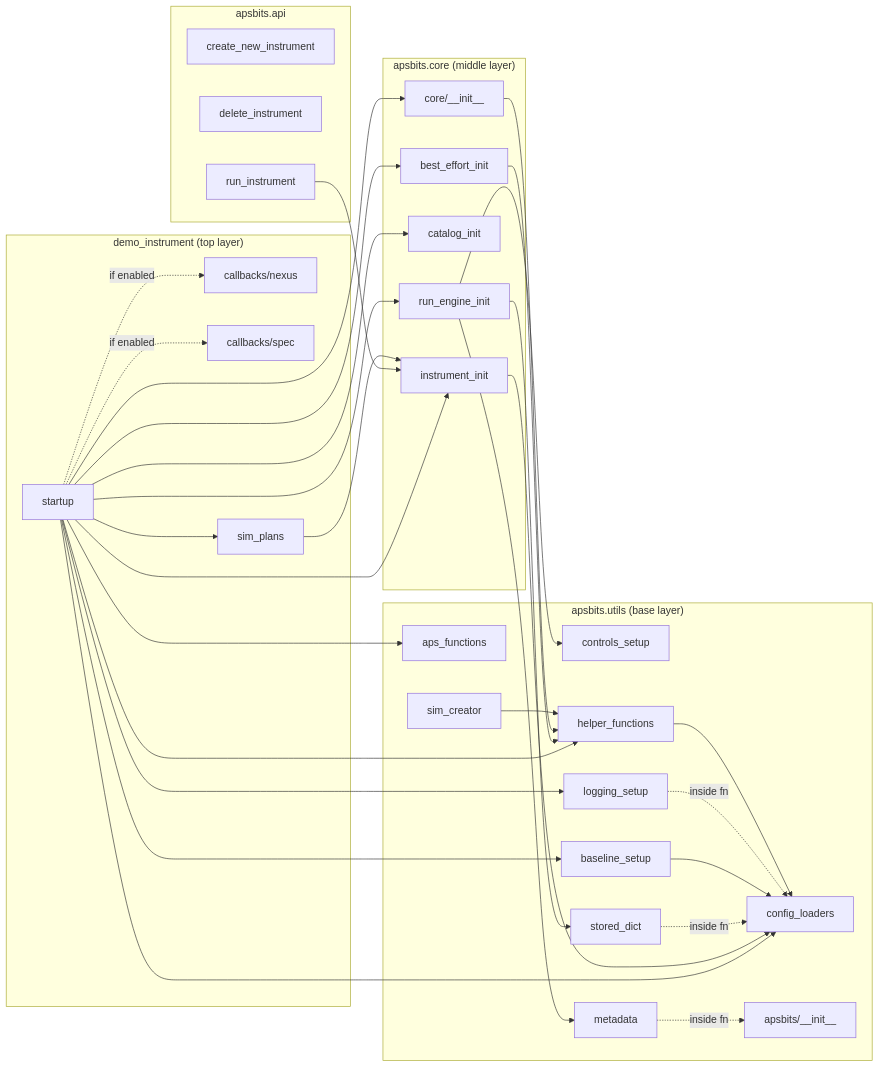
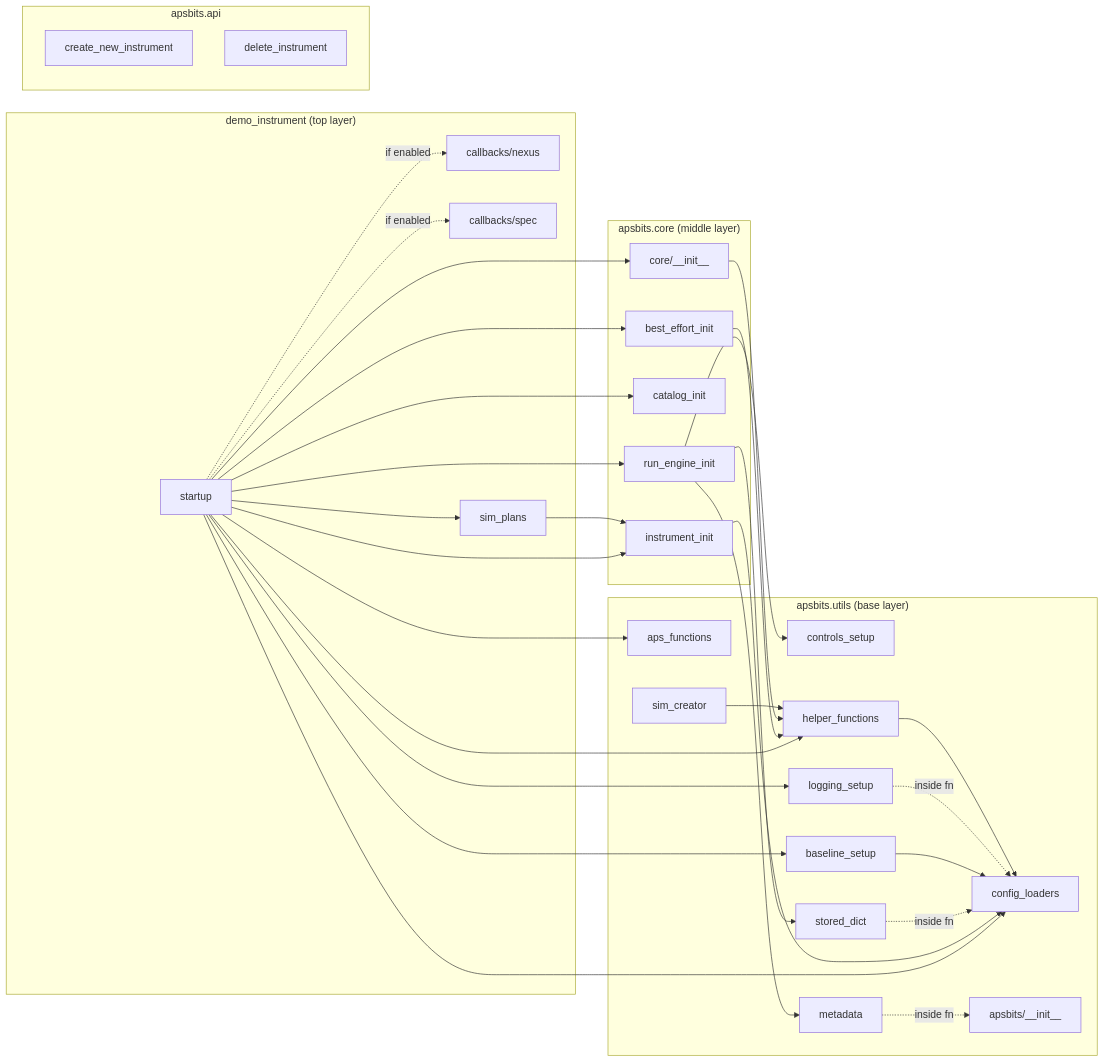
One commit to BCDA-APS/BITS changed the first of 2 diagrams in README.md. Above: the diagram before and after it, drawn with Mermaid. The commit also changed other lines of this file and 39 other files, not shown here.

````diff
--- a/README.md
+++ b/README.md
@@ -38,53 +46,52 @@
 ```mermaid
 graph LR
     subgraph utils["apsbits.utils (base layer)"]
         config_loaders
         aps_functions
         controls_setup
         helper_functions --> config_loaders
         logging_setup -.->|"inside fn"| config_loaders
         baseline_setup --> config_loaders
         metadata -.->|"inside fn"| apsbits_init
         stored_dict -.->|"inside fn"| config_loaders
         sim_creator --> helper_functions
     end
 
     subgraph core["apsbits.core (middle layer)"]
         core_init["core/__init__"] --> helper_functions
         best_effort_init --> helper_functions
         catalog_init
         instrument_init --> config_loaders
         run_engine_init --> controls_setup
         run_engine_init --> metadata
         run_engine_init --> stored_dict
     end
 
     subgraph demo["demo_instrument (top layer)"]
         startup
         nexus_cb["callbacks/nexus"]
         spec_cb["callbacks/spec"]
         sim_plans --> instrument_init
     end
 
     subgraph api["apsbits.api"]
         create_new_instrument
         delete_instrument
-        run_instrument --> instrument_init
     end
 
     apsbits_init["apsbits/__init__"]
 
     startup --> logging_setup
     startup --> core_init
     startup --> best_effort_init
     startup --> catalog_init
     startup --> instrument_init
     startup --> run_engine_init
     startup --> helper_functions
     startup --> config_loaders
     startup --> baseline_setup
     startup --> aps_functions
     startup -.->|"if enabled"| nexus_cb
     startup -.->|"if enabled"| spec_cb
     startup --> sim_plans
 ```
````
